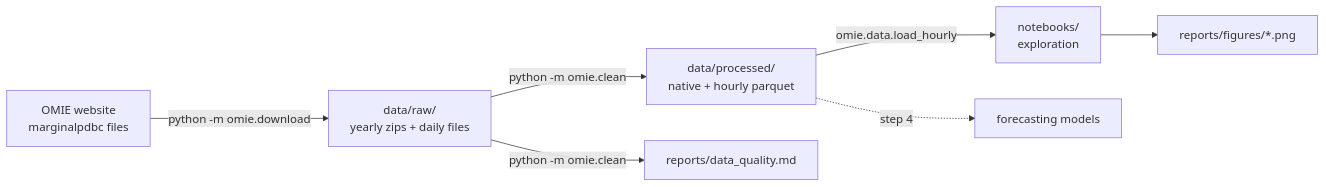
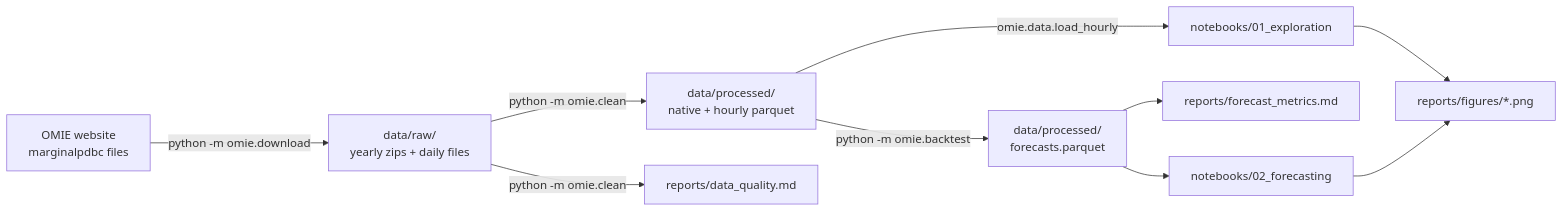
The diagram in docs/technical.md (samuel-prog-vaz/energy-market-analysis), drawn with Mermaid before and after one commit. The commit also changed other lines of this file and 15 other files, not shown here.

First line of the commit message:
Add walk-forward forecasting: features, backtest, results and docs

````diff
--- a/docs/technical.md
+++ b/docs/technical.md
@@ -20,9 +21,12 @@
 ```mermaid
 flowchart LR
     A[OMIE website<br/>marginalpdbc files] -->|python -m omie.download| B[data/raw/<br/>yearly zips + daily files]
     B -->|python -m omie.clean| C[data/processed/<br/>native + hourly parquet]
     B -->|python -m omie.clean| D[reports/data_quality.md]
-    C -->|omie.data.load_hourly| E[notebooks/<br/>exploration]
+    C -->|omie.data.load_hourly| E[notebooks/01_exploration]
+    C -->|python -m omie.backtest| G[data/processed/<br/>forecasts.parquet]
+    G --> H[reports/forecast_metrics.md]
+    G --> I[notebooks/02_forecasting]
     E --> F[reports/figures/*.png]
-    C -.->|step 4| G[forecasting models]
+    I --> F
 ```
````
